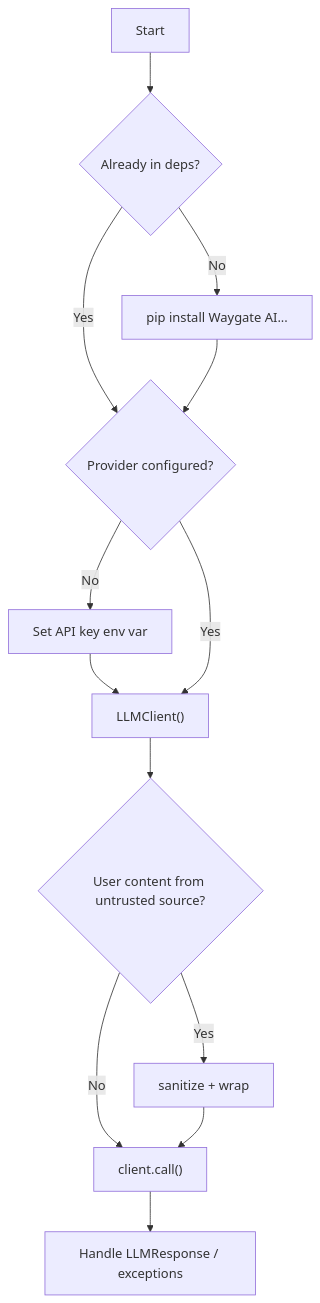
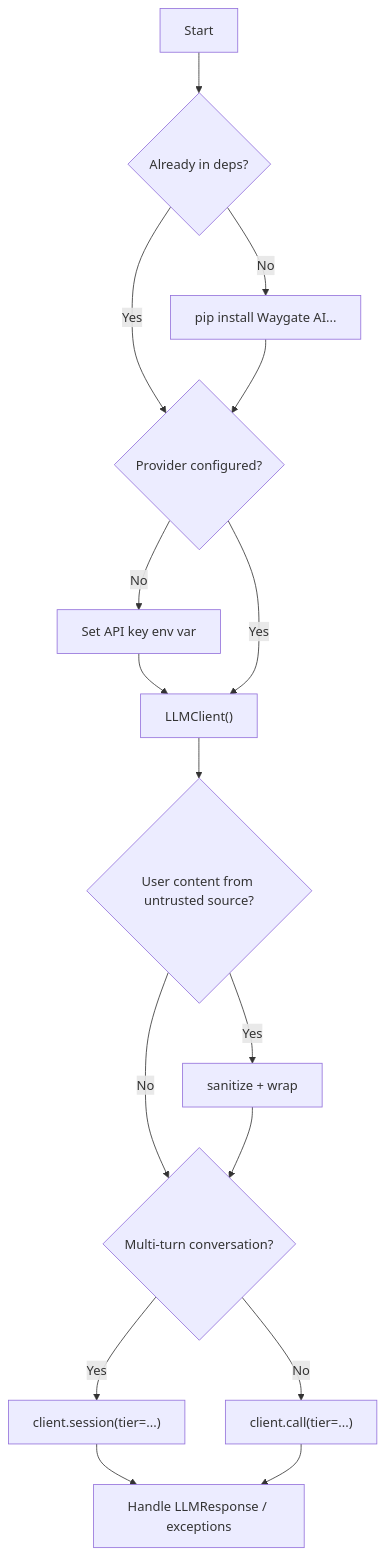
Before and after one commit to shep-engineering/waygate-ai: the diagram in docs/integration-guide.md, drawn with Mermaid. The commit also changed other lines of this file and 8 other files, not shown here.

````diff
--- a/docs/integration-guide.md
+++ b/docs/integration-guide.md
@@ -13,15 +13,18 @@
 ```mermaid
 flowchart TD
   Start --> Q1{Already in deps?}
   Q1 -->|Yes| Q2{Provider configured?}
   Q1 -->|No| Install["pip install Waygate AI..."]
   Install --> Q2
   Q2 -->|No| EnvSetup["Set API key env var"]
   EnvSetup --> Instantiate
   Q2 -->|Yes| Instantiate["LLMClient()"]
   Instantiate --> Q3{"User content from untrusted source?"}
   Q3 -->|Yes| Sanitize["sanitize + wrap"]
-  Q3 -->|No| Call["client.call()"]
-  Sanitize --> Call
+  Q3 -->|No| Q4
+  Sanitize --> Q4{"Multi-turn conversation?"}
+  Q4 -->|Yes| Sess["client.session(tier=...)"]
+  Q4 -->|No| Call["client.call(tier=...)"]
+  Sess --> Handle
   Call --> Handle[Handle LLMResponse / exceptions]
 ```
````
